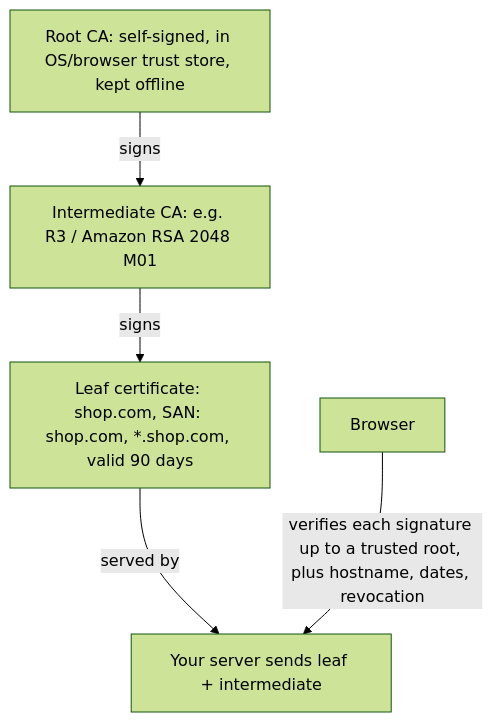
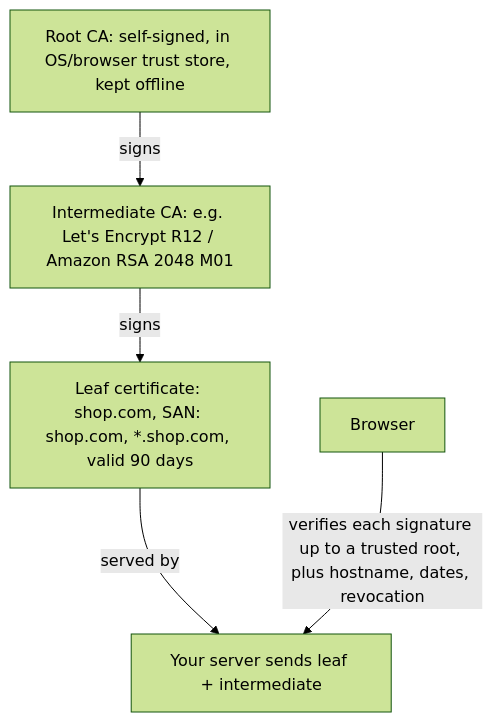
The ninth of 15 diagrams in content/deep/p1-2-http.md (Vivekindev/abyudayX), drawn with Mermaid (forest theme) before and after one commit. The commit also changed other lines of this file and 10 other files, not shown here.

````diff
--- a/content/deep/p1-2-http.md
+++ b/content/deep/p1-2-http.md
@@ -397,7 +565,7 @@
 ```mermaid
 flowchart TD
-  R["Root CA: self-signed, in OS/browser trust store, kept offline"] -- "signs" --> I["Intermediate CA: e.g. R3 / Amazon RSA 2048 M01"]
+  R["Root CA: self-signed, in OS/browser trust store, kept offline"] -- "signs" --> I["Intermediate CA: e.g. Let's Encrypt R12 / Amazon RSA 2048 M01"]
   I -- "signs" --> L["Leaf certificate: shop.com, SAN: shop.com, *.shop.com, valid 90 days"]
   L -- "served by" --> S["Your server sends leaf + intermediate"]
   B["Browser"] -- "verifies each signature up to a trusted root, plus hostname, dates, revocation" --> S
 ```
````
